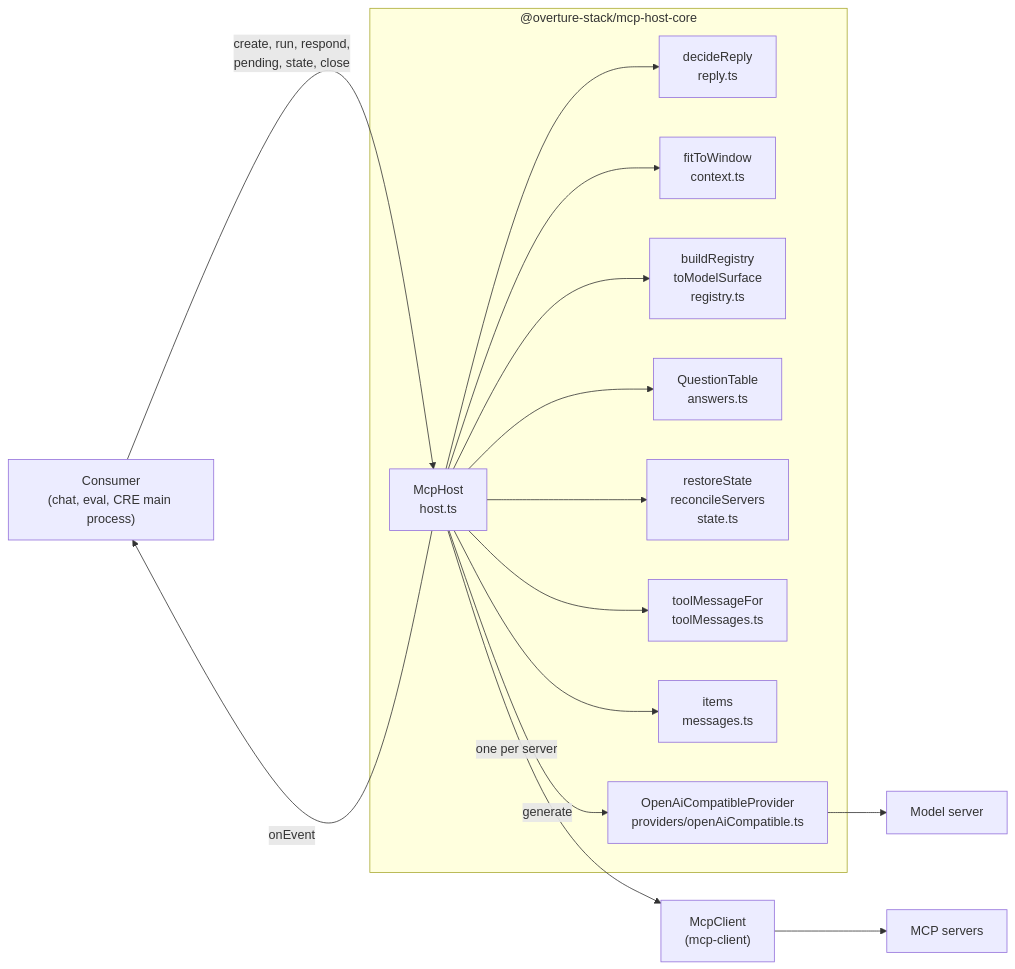
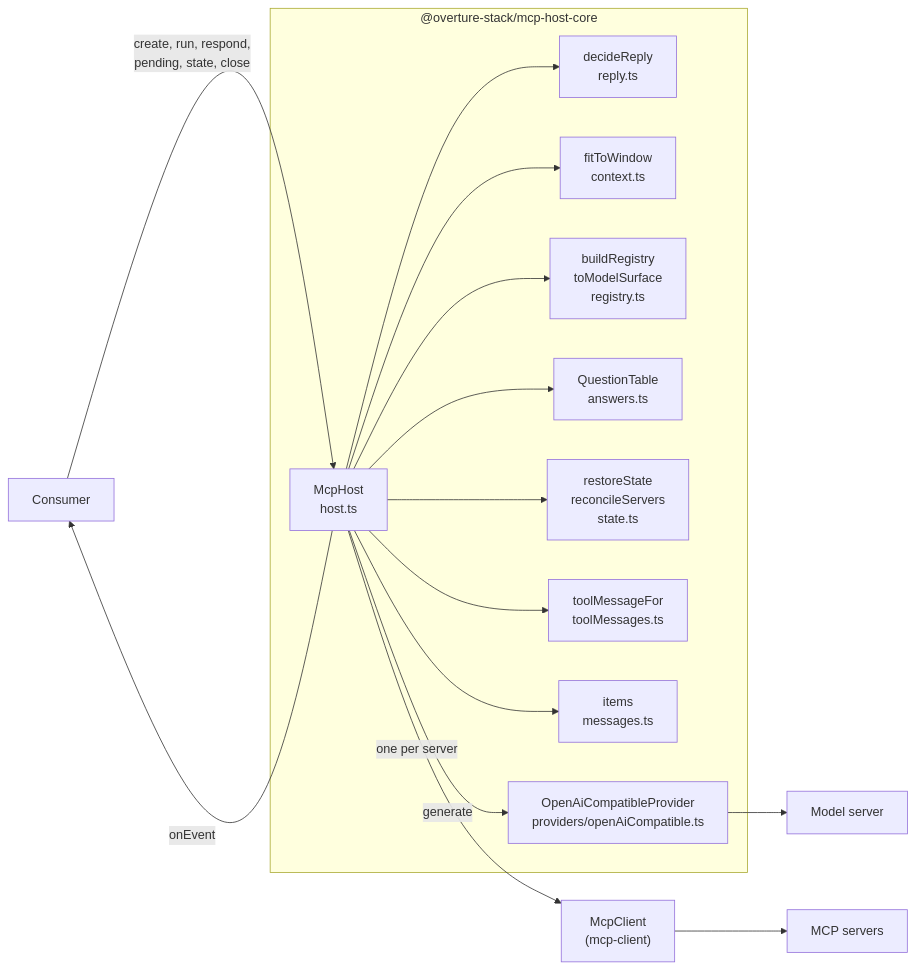
The first of 7 diagrams in modules/mcp-host-core/docs/architecture.md (overture-stack/arranger), drawn with Mermaid before and after one commit. The commit also changed other lines of this file and 14 other files, not shown here.

````diff
--- a/modules/mcp-host-core/docs/architecture.md
+++ b/modules/mcp-host-core/docs/architecture.md
@@ -11,34 +11,34 @@
 ```mermaid
 flowchart LR
-    consumer["Consumer<br/>(chat, eval, CRE main process)"]
+    consumer["Consumer"]
 
     subgraph module["@overture-stack/mcp-host-core"]
         host["McpHost<br/>host.ts"]
         reply["decideReply<br/>reply.ts"]
         context["fitToWindow<br/>context.ts"]
         registry["buildRegistry<br/>toModelSurface<br/>registry.ts"]
         answers["QuestionTable<br/>answers.ts"]
         state["restoreState<br/>reconcileServers<br/>state.ts"]
         tools["toolMessageFor<br/>toolMessages.ts"]
         messages["items<br/>messages.ts"]
         provider["OpenAiCompatibleProvider<br/>providers/openAiCompatible.ts"]
     end
 
     client["McpClient<br/>(mcp-client)"]
     model["Model server"]
     servers["MCP servers"]
 
     consumer -->|"create, run, respond,<br/>pending, state, close"| host
     host -->|"onEvent"| consumer
     host --> reply
     host --> context
     host --> registry
     host --> answers
     host --> state
     host --> tools
     host --> messages
     host -->|"generate"| provider
     provider --> model
     host -->|"one per server"| client
     client --> servers
 ```
````
